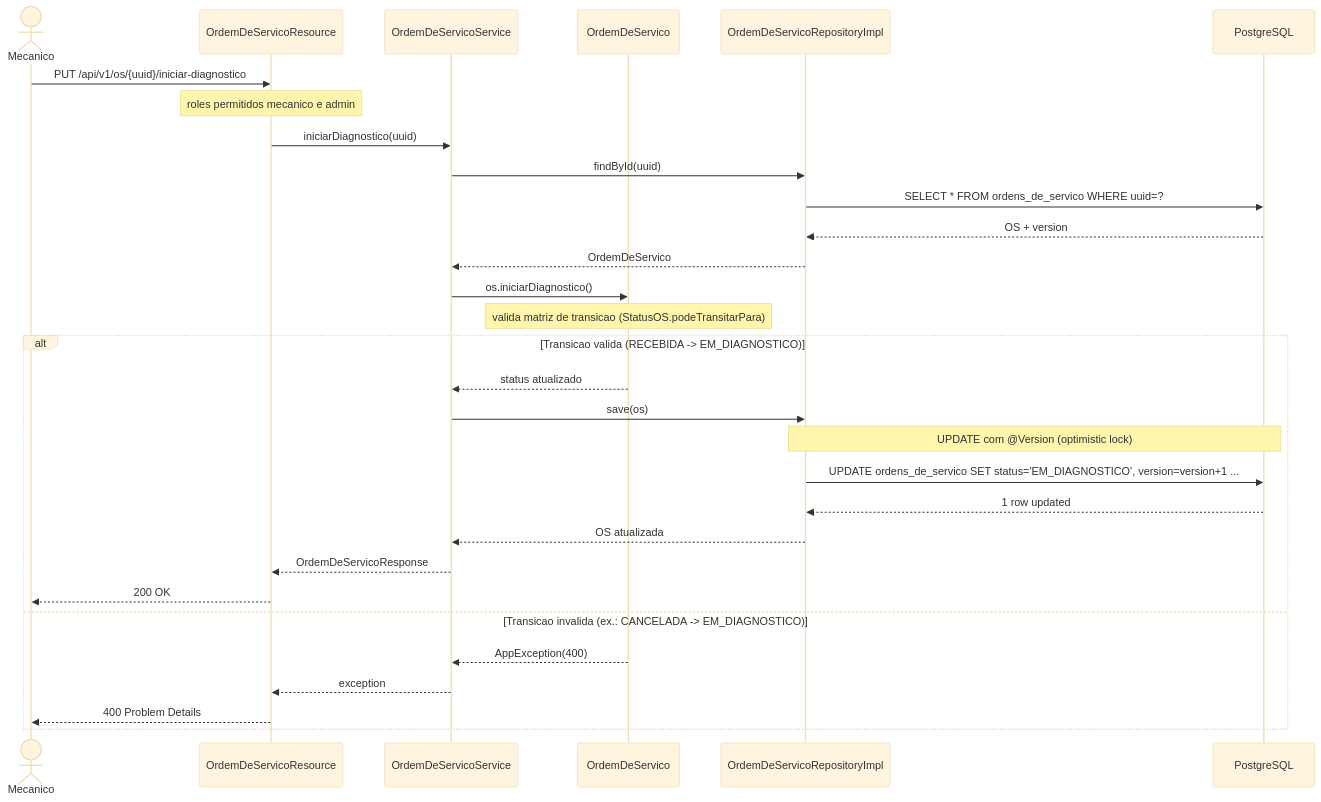
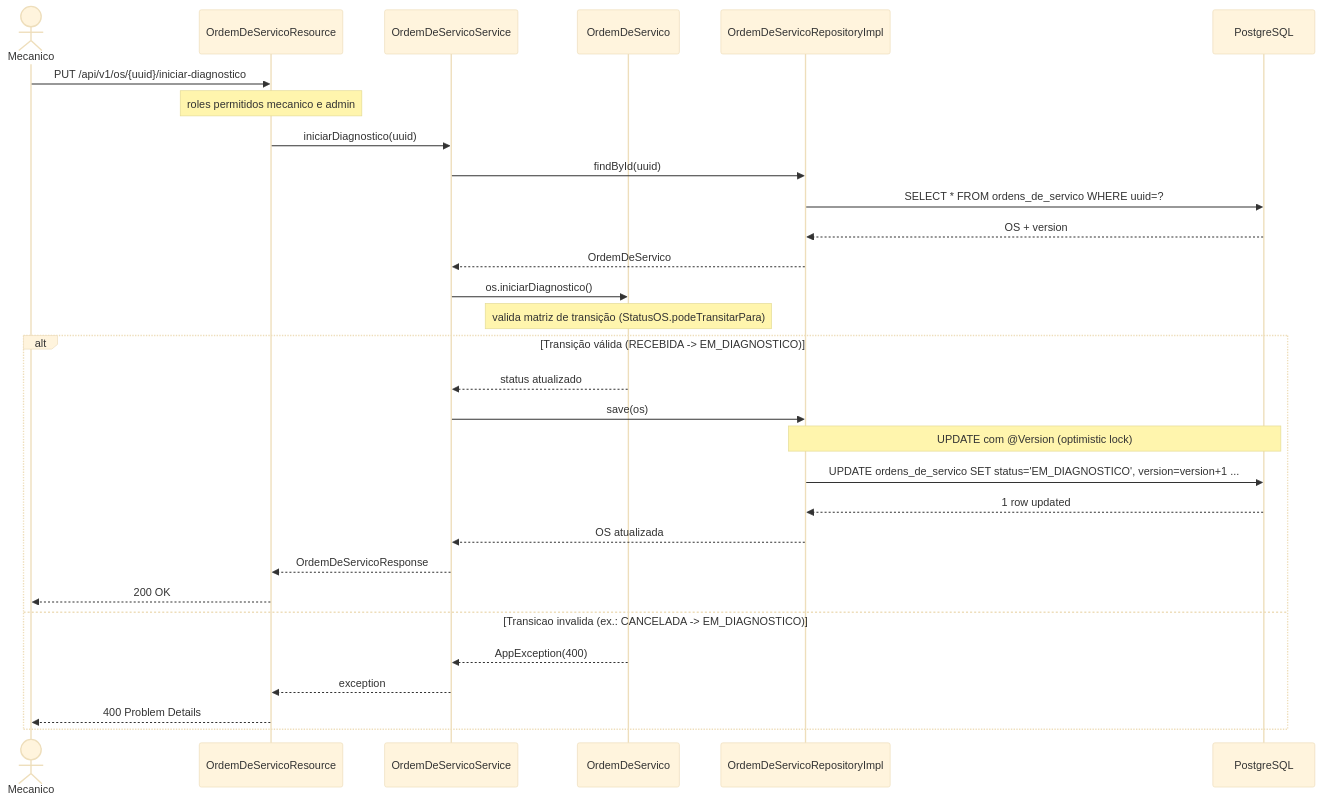
Before and after one commit to FIAP-SOFTWARE-ARCHITECTURE-TEAM/Mekano-API: the diagram in docs/sequence-diagrams/iniciar-diagnostico.md, drawn with Mermaid (base theme).

Commit message:
fix: Potential fix for pull request finding

````diff
--- a/docs/sequence-diagrams/iniciar-diagnostico.md
+++ b/docs/sequence-diagrams/iniciar-diagnostico.md
@@ -5,36 +5,36 @@
 ```mermaid
 sequenceDiagram
     actor Mecanico
     participant API as OrdemDeServicoResource
     participant App as OrdemDeServicoService
     participant Domain as OrdemDeServico
     participant Repo as OrdemDeServicoRepositoryImpl
     participant DB as PostgreSQL
 
     Mecanico->>API: PUT /api/v1/os/{uuid}/iniciar-diagnostico
     Note over API: roles permitidos mecanico e admin
 
     API->>App: iniciarDiagnostico(uuid)
     App->>Repo: findById(uuid)
     Repo->>DB: SELECT * FROM ordens_de_servico WHERE uuid=?
     DB-->>Repo: OS + version
     Repo-->>App: OrdemDeServico
 
     App->>Domain: os.iniciarDiagnostico()
-    Note over Domain: valida matriz de transicao (StatusOS.podeTransitarPara)
+    Note over Domain: valida matriz de transição (StatusOS.podeTransitarPara)
 
-    alt Transicao valida (RECEBIDA -> EM_DIAGNOSTICO)
+    alt Transição válida (RECEBIDA -> EM_DIAGNOSTICO)
         Domain-->>App: status atualizado
         App->>Repo: save(os)
         Note over Repo,DB: UPDATE com @Version (optimistic lock)
         Repo->>DB: UPDATE ordens_de_servico SET status='EM_DIAGNOSTICO', version=version+1 ...
         DB-->>Repo: 1 row updated
         Repo-->>App: OS atualizada
         App-->>API: OrdemDeServicoResponse
         API-->>Mecanico: 200 OK
     else Transicao invalida (ex.: CANCELADA -> EM_DIAGNOSTICO)
         Domain-->>App: AppException(400)
         App-->>API: exception
         API-->>Mecanico: 400 Problem Details
     end
 ```
````
